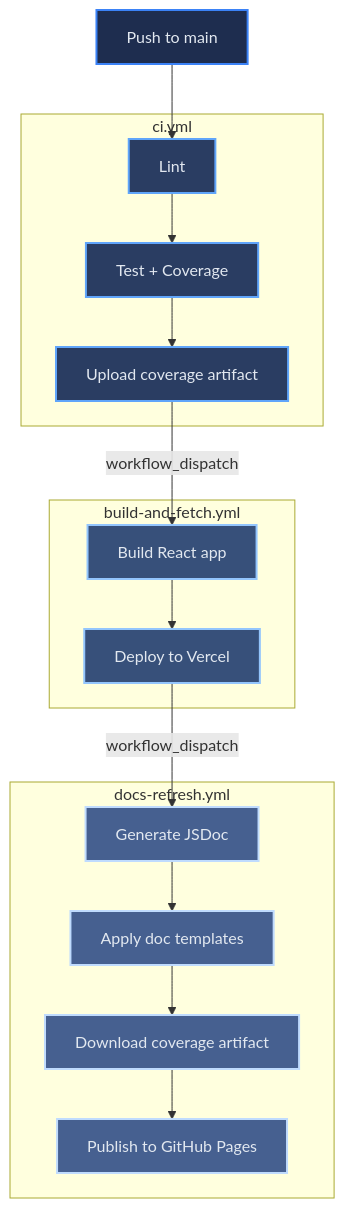
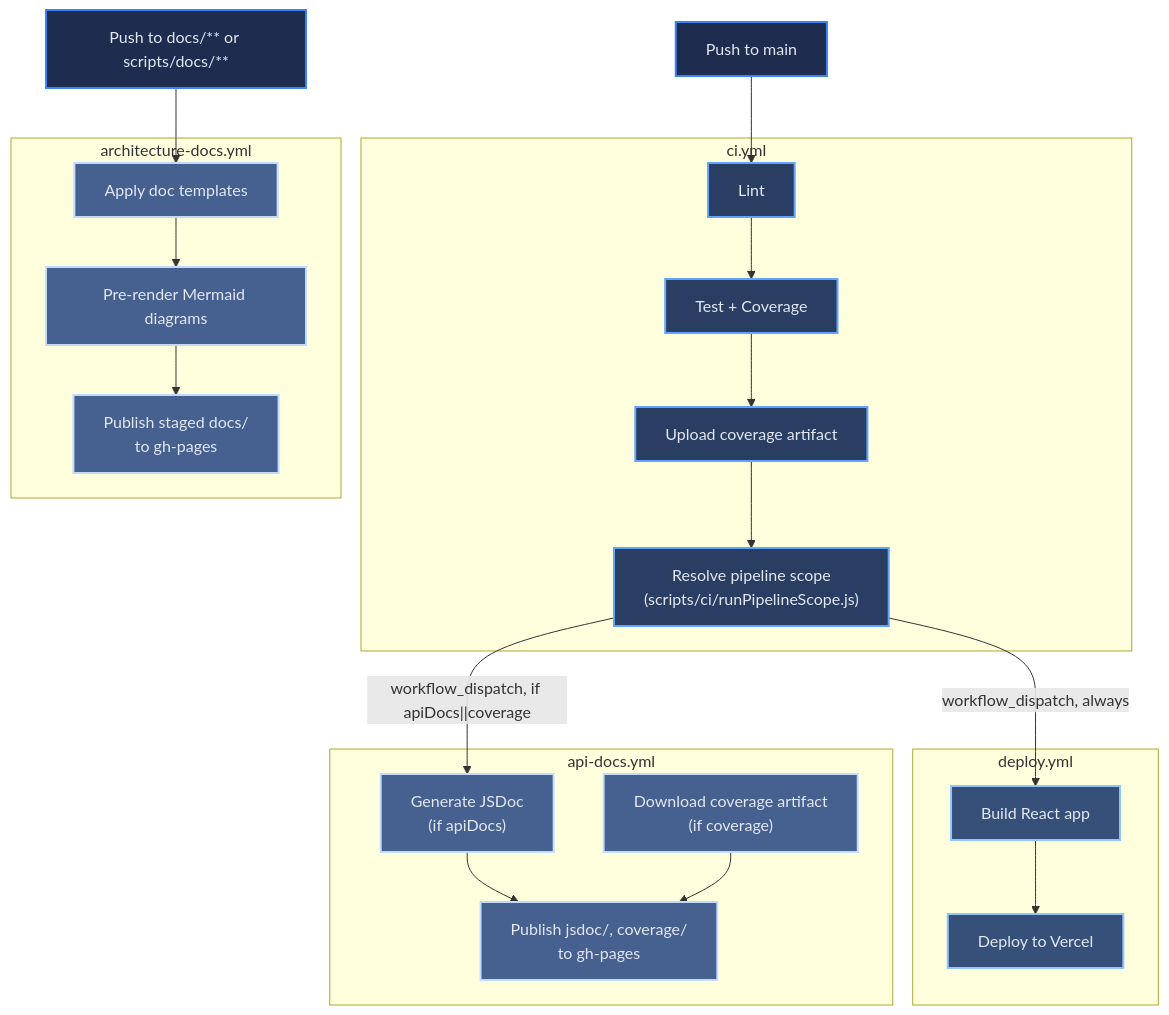
Before and after one commit to Keglev/my-portfolio: the diagram in docs/architecture/ci-cd-pipeline.md, drawn with Mermaid. The commit also changed other lines of this file and 8 other files, not shown here.

````diff
--- a/docs/architecture/ci-cd-pipeline.md
+++ b/docs/architecture/ci-cd-pipeline.md
@@ -19,39 +19,50 @@
 ```mermaid
 flowchart TD
     Push["Push to main"]
 
     subgraph CI["ci.yml"]
         Lint["Lint"]
         Test["Test + Coverage"]
         Artifact["Upload coverage artifact"]
-        Lint --> Test --> Artifact
+        Scope["Resolve pipeline scope\n(scripts/ci/runPipelineScope.js)"]
+        Lint --> Test --> Artifact --> Scope
     end
 
-    subgraph BF["build-and-fetch.yml"]
+    subgraph DP["deploy.yml"]
         BuildReact["Build React app"]
         VercelDeploy["Deploy to Vercel"]
         BuildReact --> VercelDeploy
     end
 
-    subgraph DR["docs-refresh.yml"]
-        JSDoc["Generate JSDoc"]
-        Templates["Apply doc templates"]
-        Coverage["Download coverage artifact"]
-        GHPages["Publish to GitHub Pages"]
-        JSDoc --> Templates --> Coverage --> GHPages
+    subgraph AD["api-docs.yml"]
+        JSDoc["Generate JSDoc\n(if apiDocs)"]
+        Coverage["Download coverage artifact\n(if coverage)"]
+        GHPagesAPI["Publish jsdoc/, coverage/\nto gh-pages"]
+        JSDoc --> GHPagesAPI
+        Coverage --> GHPagesAPI
     end
 
+    subgraph AR["architecture-docs.yml"]
+        Templates["Apply doc templates"]
+        Mermaid["Pre-render Mermaid diagrams"]
+        GHPagesArch["Publish staged docs/\nto gh-pages"]
+        Templates --> Mermaid --> GHPagesArch
+    end
+
+    DocsPush["Push to docs/** or scripts/docs/**"]
+
     Push --> Lint
-    Artifact -->|"workflow_dispatch"| BuildReact
-    VercelDeploy -->|"workflow_dispatch"| JSDoc
+    Scope -->|"workflow_dispatch, always"| BuildReact
+    Scope -->|"workflow_dispatch, if apiDocs||coverage"| JSDoc
+    DocsPush --> Templates
 
-    class Push l1
-    class Lint,Test,Artifact l2
+    class Push,DocsPush l1
+    class Lint,Test,Artifact,Scope l2
     class BuildReact,VercelDeploy l3
-    class JSDoc,Templates,Coverage,GHPages l4
+    class JSDoc,Coverage,GHPagesAPI,Templates,Mermaid,GHPagesArch l4
 
     classDef l1 fill:#1e2d4f,stroke:#3B82F6,stroke-width:2px,color:#E2E8F0
     classDef l2 fill:#2a3d62,stroke:#60A5FA,stroke-width:2px,color:#E2E8F0
     classDef l3 fill:#37507a,stroke:#93C5FD,stroke-width:2px,color:#E2E8F0
     classDef l4 fill:#466090,stroke:#BFDBFE,stroke-width:2px,color:#E2E8F0
 ```
````
